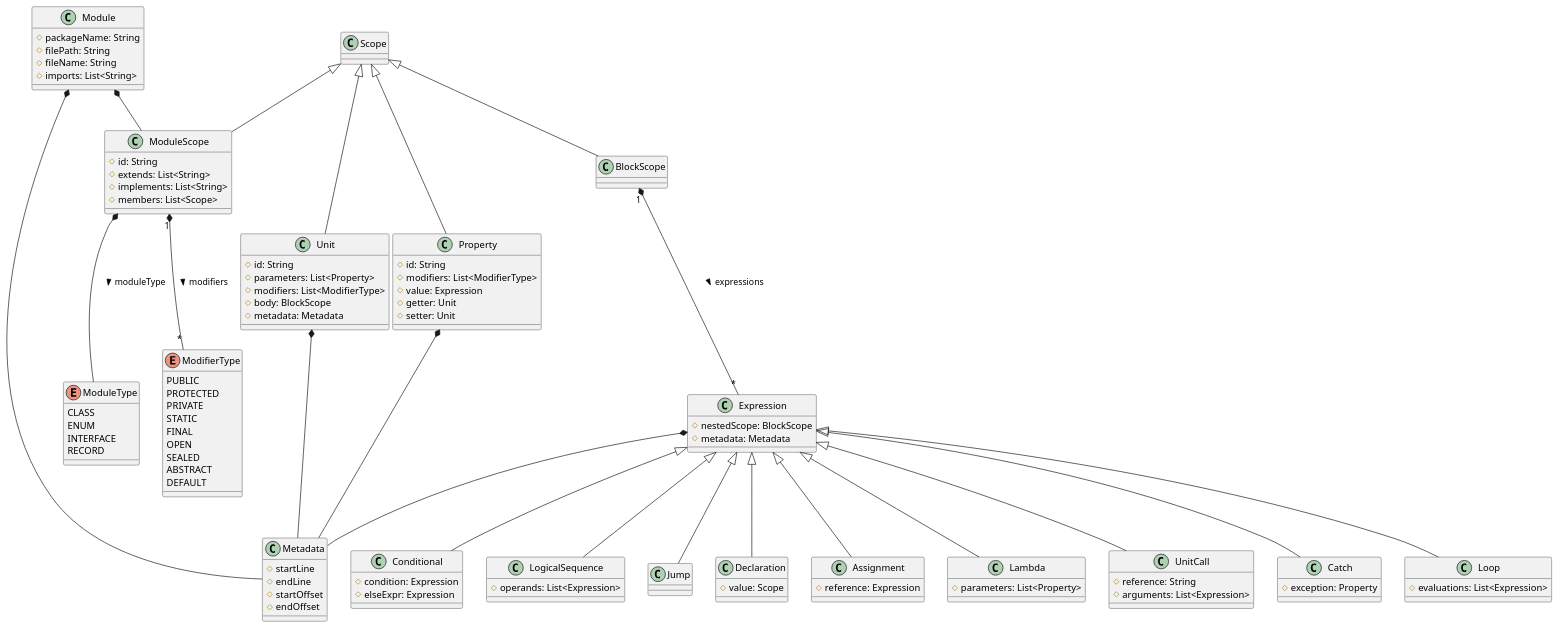
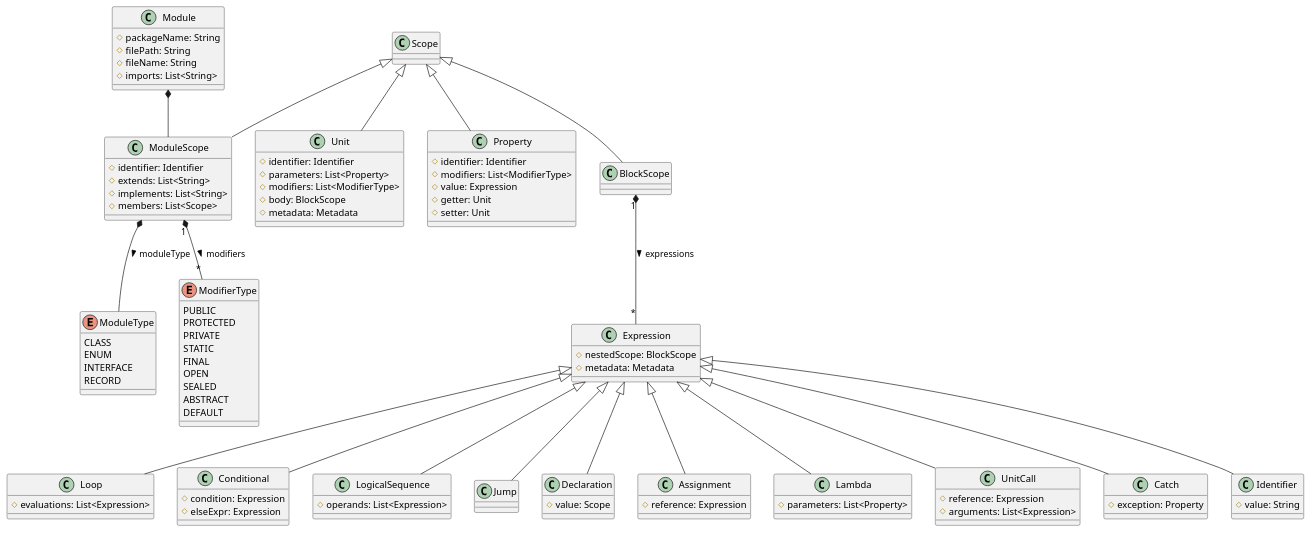
One commit to MarnickvdA/LAMP-Framework changed the diagram in docs/metamodel-v2-1.plantuml. Above: the diagram before and after it, drawn with PlantUML. The commit also changed 9 other files, not shown here.

```diff
--- a/docs/metamodel-v2-1.plantuml
+++ b/docs/metamodel-v2-1.plantuml
@@ -1,112 +1,104 @@
 @startuml
 class Module
 class Scope
 class ModuleScope
 class Unit
 class Property
 class Expression
 class BlockScope
-class Metadata
 
 class Loop
 class Conditional
 class LogicalSequence
 class Jump
 class Declaration
 class Assignment
 class Lambda
 class UnitCall
 
 enum ModuleType {
     CLASS
     ENUM
     INTERFACE
     RECORD
 }
 
 enum ModifierType {
     PUBLIC
     PROTECTED
     PRIVATE
     STATIC
     FINAL
     OPEN
     SEALED
     ABSTRACT
     DEFAULT
 }
 
 Module : # packageName: String
 Module : # filePath: String
 Module : # fileName: String
 Module : # imports: List<String>
 Module *-- ModuleScope
-Module *-- Metadata
 
 Scope <|-- ModuleScope
 Scope <|-- Unit
 Scope <|-- Property
 Scope <|-- BlockScope
 
-ModuleScope : # id: String
+ModuleScope : # identifier: Identifier
 ModuleScope : # extends: List<String>
 ModuleScope : # implements: List<String>
 ModuleScope : # members: List<Scope>
 ModuleScope "1" *-- "*" ModifierType : modifiers >
 ModuleScope *-- ModuleType : moduleType >
 
-Unit : # id: String
+Unit : # identifier: Identifier
 Unit : # parameters: List<Property>
 Unit : # modifiers: List<ModifierType>
 Unit : # body: BlockScope
 Unit : # metadata: Metadata
 
-Property : # id: String
+Property : # identifier: Identifier
 Property : # modifiers: List<ModifierType>
 Property : # value: Expression
 Property : # getter: Unit
 Property : # setter: Unit
 
 BlockScope "1" *-- "*" Expression : expressions >
 
 Expression : # nestedScope: BlockScope
 Expression : # metadata: Metadata
 
 Expression <|-- Loop
 Expression <|-- Conditional
 Expression <|-- LogicalSequence
 Expression <|-- Jump
 Expression <|-- Declaration
 Expression <|-- Assignment
 Expression <|-- Lambda
 Expression <|-- UnitCall
 Expression <|-- Catch
+Expression <|-- Identifier
+
+Identifier : # value: String
 
 Catch : # exception: Property
 
 Loop : # evaluations: List<Expression>
 
 Conditional : # condition: Expression
 Conditional : # elseExpr: Expression
 
 LogicalSequence : # operands: List<Expression>
 
 Lambda : # parameters: List<Property>
 
-UnitCall : # reference: String
+UnitCall : # reference: Expression
 UnitCall : # arguments: List<Expression>
 
 Declaration : # value: Scope
 
 Assignment : # reference: Expression
 
-Unit *-- Metadata
-Property *-- Metadata
-Expression *-- Metadata
-
-Metadata : # startLine
-Metadata : # endLine
-Metadata : # startOffset
-Metadata : # endOffset
-
 @enduml
```
